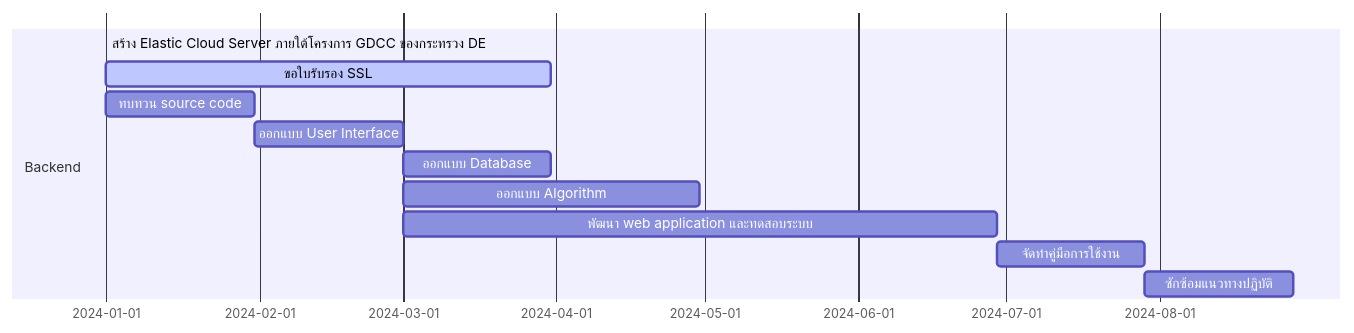
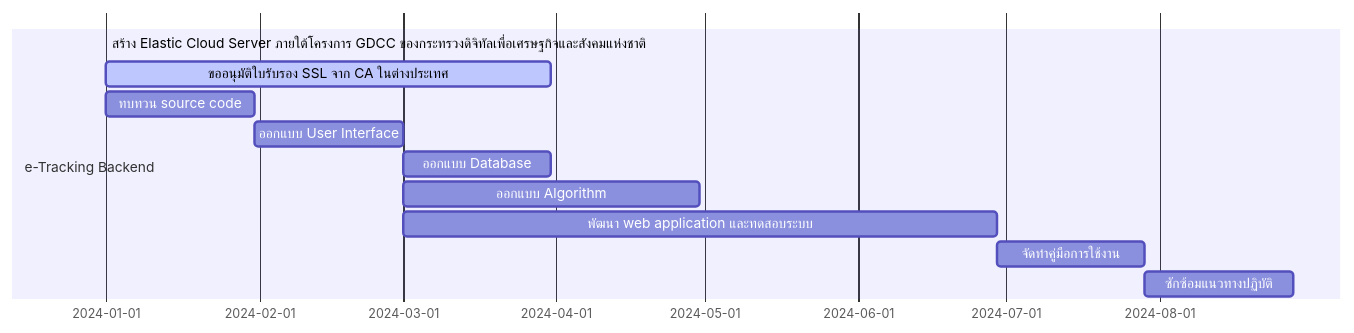
The diagram in README.md (Kietpawpan/e-tracking), drawn with Mermaid before and after one commit.

````diff
--- a/README.md
+++ b/README.md
@@ -6,15 +6,15 @@
 ```mermaid
 gantt
-    section Backend
-    สร้าง Elastic Cloud Server ภายใต้โครงการ GDCC ของกระทรวง DE :done,    des1, 2024-01-01,2024-01-30
-    ขอใบรับรอง SSL        :active, des2, after des1, 90d
+    section e-Tracking Backend
+    สร้าง Elastic Cloud Server ภายใต้โครงการ GDCC ของกระทรวงดิจิทัลเพื่อเศรษฐกิจและสังคมแห่งชาติ :done,    des1, 2024-01-01,2024-01-30
+    ขออนุมัติใบรับรอง SSL จาก CA ในต่างประเทศ        :active, des2, after des1, 90d
     ทบทวน source code  :         des3, after des1, 30d
     ออกแบบ User Interface  :         des4, after des3, 30d
     ออกแบบ Database   :         des5, after des4, 30d
     ออกแบบ Algorithm   :         des6, after des4, 60d
     พัฒนา web application และทดสอบระบบ   :         des7, after des4, 120d
     จัดทำคู่มือการใช้งาน   :         des8, after des7, 30d
     ซักซ้อมแนวทางปฏิบัติ   :         des9, after des8, 30d
 
 
 ```
````
